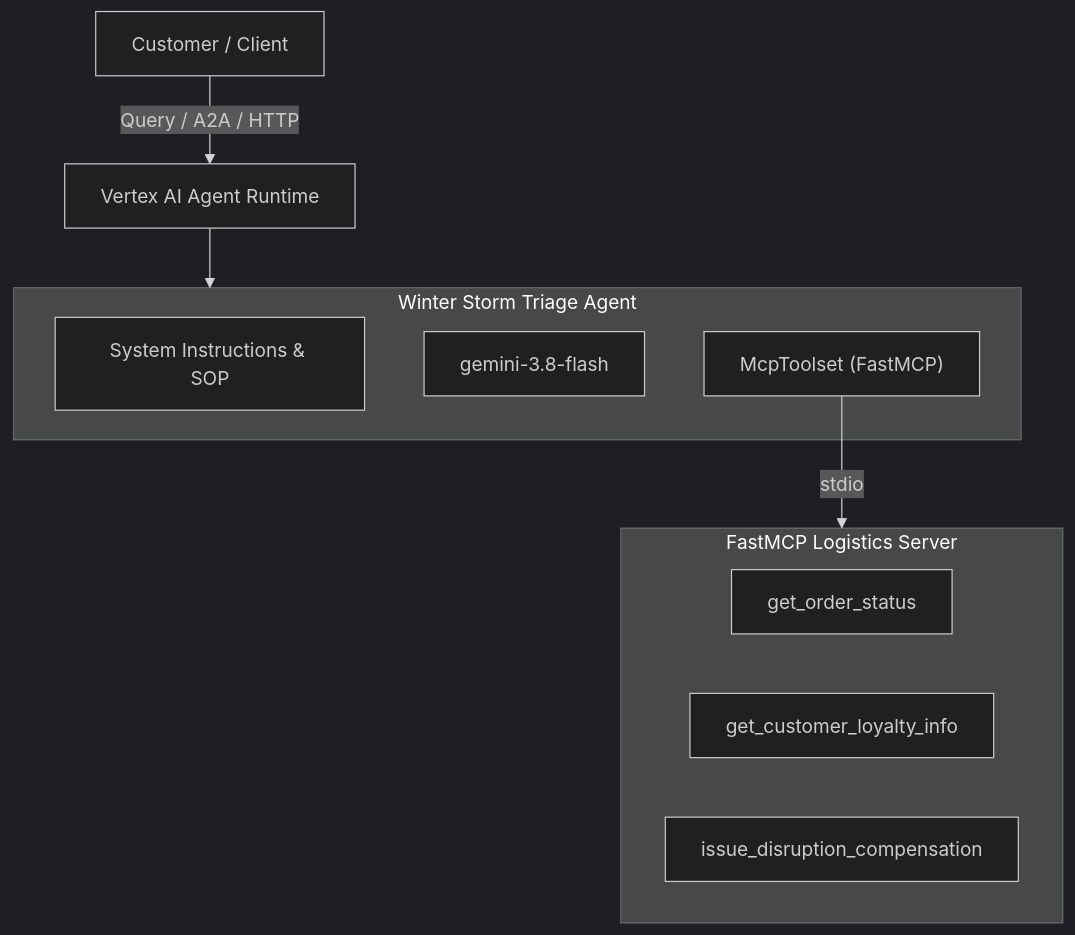
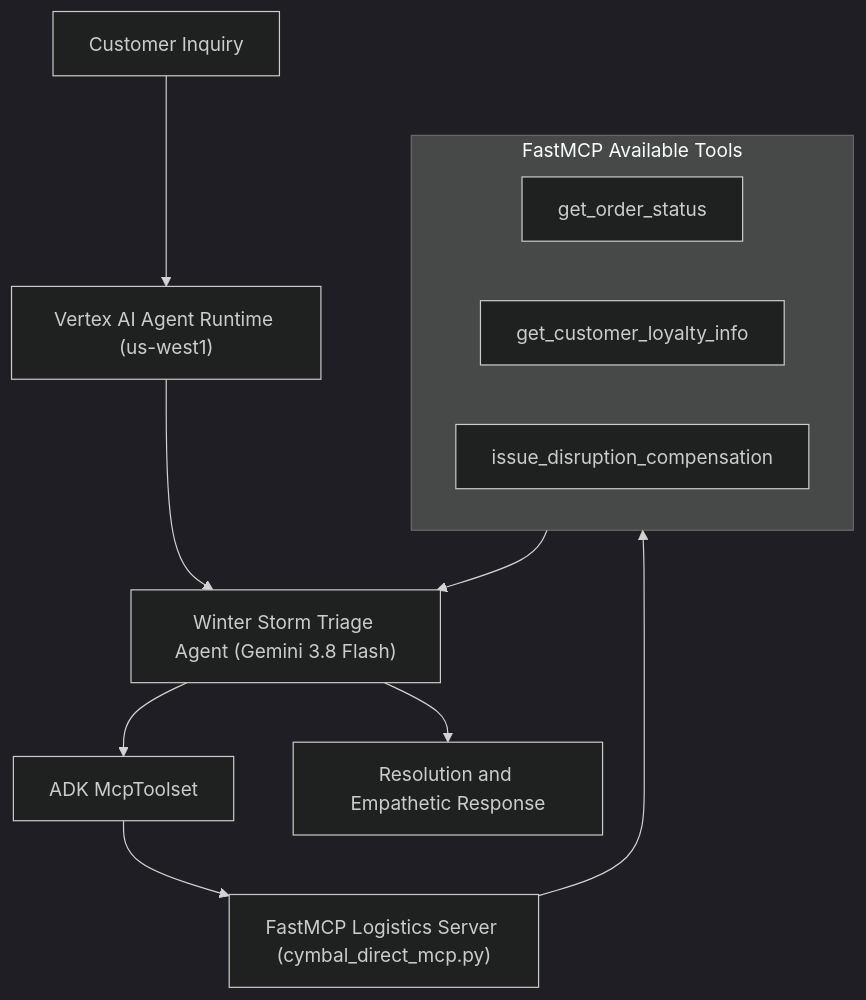
One commit to isivasankari28/winter-storm-triage changed the diagram in winter-storm-triage/README.md. Above: the diagram before and after it, drawn with Mermaid (dark theme). The commit also changed 1 other file, not shown here.

Commit message:
Fix Mermaid diagram syntax for GitHub rendering

````diff
--- a/winter-storm-triage/README.md
+++ b/winter-storm-triage/README.md
@@ -22,19 +22,17 @@
 ```mermaid
 flowchart TD
-    User["Customer / Client"] -->|Query / A2A / HTTP| Gateway["Vertex AI Agent Runtime"]
-    Gateway --> AgentApp["ADK Agent (Gemini 3.8 Flash)"]
+    A["Customer Inquiry"] --> B["Vertex AI Agent Runtime (us-west1)"]
+    B --> C["Winter Storm Triage Agent (Gemini 3.8 Flash)"]
+    C --> D["ADK McpToolset"]
+    D --> E["FastMCP Logistics Server (cymbal_direct_mcp.py)"]
     
-    subgraph AgentApp ["Winter Storm Triage Agent"]
-        Prompt["System Instructions & SOP"]
-        LLM["gemini-3.8-flash"]
-        MCPTool["McpToolset (FastMCP)"]
-    end
-    
-    MCPTool -->|stdio| MCPServer["Cymbal Logistics MCP Server (cymbal_direct_mcp.py)"]
-    
-    subgraph MCPServer ["FastMCP Logistics Server"]
+    subgraph Tools ["FastMCP Available Tools"]
         T1["get_order_status"]
         T2["get_customer_loyalty_info"]
         T3["issue_disruption_compensation"]
     end
+    
+    E --> Tools
+    Tools --> C
+    C --> F["Resolution and Empathetic Response"]
 ```
````
